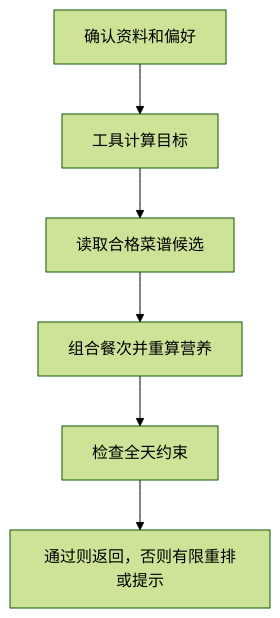
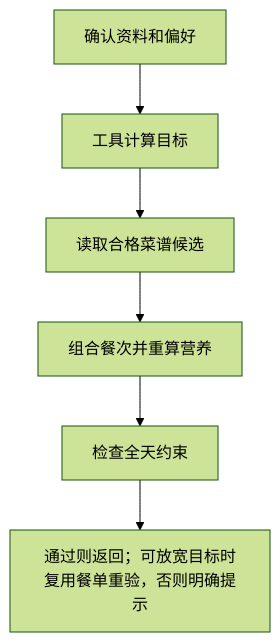
One commit to HuaguoshanLab/identify-food-calories changed the diagram in docs/learning/feature-daily-planning.md. Above: the diagram before and after it, drawn with Mermaid (forest theme). The commit also changed other lines of this file and 40 other files, not shown here.

````diff
--- a/docs/learning/feature-daily-planning.md
+++ b/docs/learning/feature-daily-planning.md
@@ -19,14 +19,14 @@
 ```mermaid
 flowchart TD
     N0["确认资料和偏好"]
     N1["工具计算目标"]
     N0 --> N1
     N2["读取合格菜谱候选"]
     N1 --> N2
     N3["组合餐次并重算营养"]
     N2 --> N3
     N4["检查全天约束"]
     N3 --> N4
-    N5["通过则返回，否则有限重排或提示"]
+    N5["通过则返回；可放宽目标时复用餐单重验，否则明确提示"]
     N4 --> N5
 ```
````
